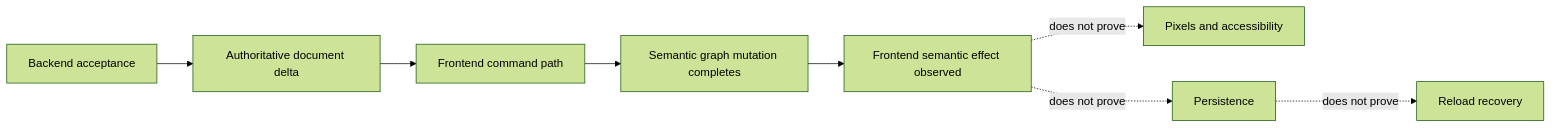
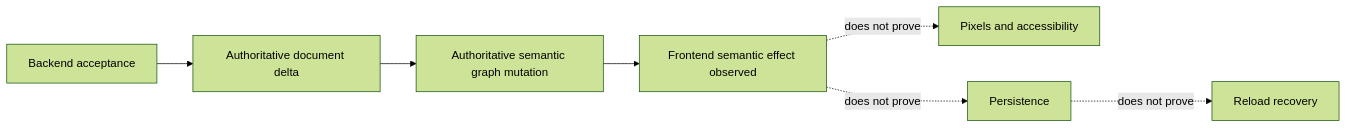
Before and after one commit to Comfy-Org/ComfyUI_frontend: the first of 2 diagrams in docs/adr/AGENT-OBSERVABILITY-0034-frontend-journey-effect-contract.md, drawn with Mermaid (forest theme). The commit also changed other lines of this file, not shown here.

Commit message:
docs: make semantic-effect contract path-independent

````diff
--- a/docs/adr/AGENT-OBSERVABILITY-0034-frontend-journey-effect-contract.md
+++ b/docs/adr/AGENT-OBSERVABILITY-0034-frontend-journey-effect-contract.md
@@ -35,10 +35,9 @@
 ```mermaid
 flowchart LR
   A[Backend acceptance] --> B[Authoritative document delta]
-  B --> C[Frontend command path]
-  C --> D[Semantic graph mutation completes]
-  D --> E[Frontend semantic effect observed]
-  E -. does not prove .-> F[Pixels and accessibility]
-  E -. does not prove .-> G[Persistence]
-  G -. does not prove .-> H[Reload recovery]
+  B --> C[Authoritative semantic graph mutation]
+  C --> D[Frontend semantic effect observed]
+  D -. does not prove .-> E[Pixels and accessibility]
+  D -. does not prove .-> F[Persistence]
+  F -. does not prove .-> G[Reload recovery]
 ```
````
